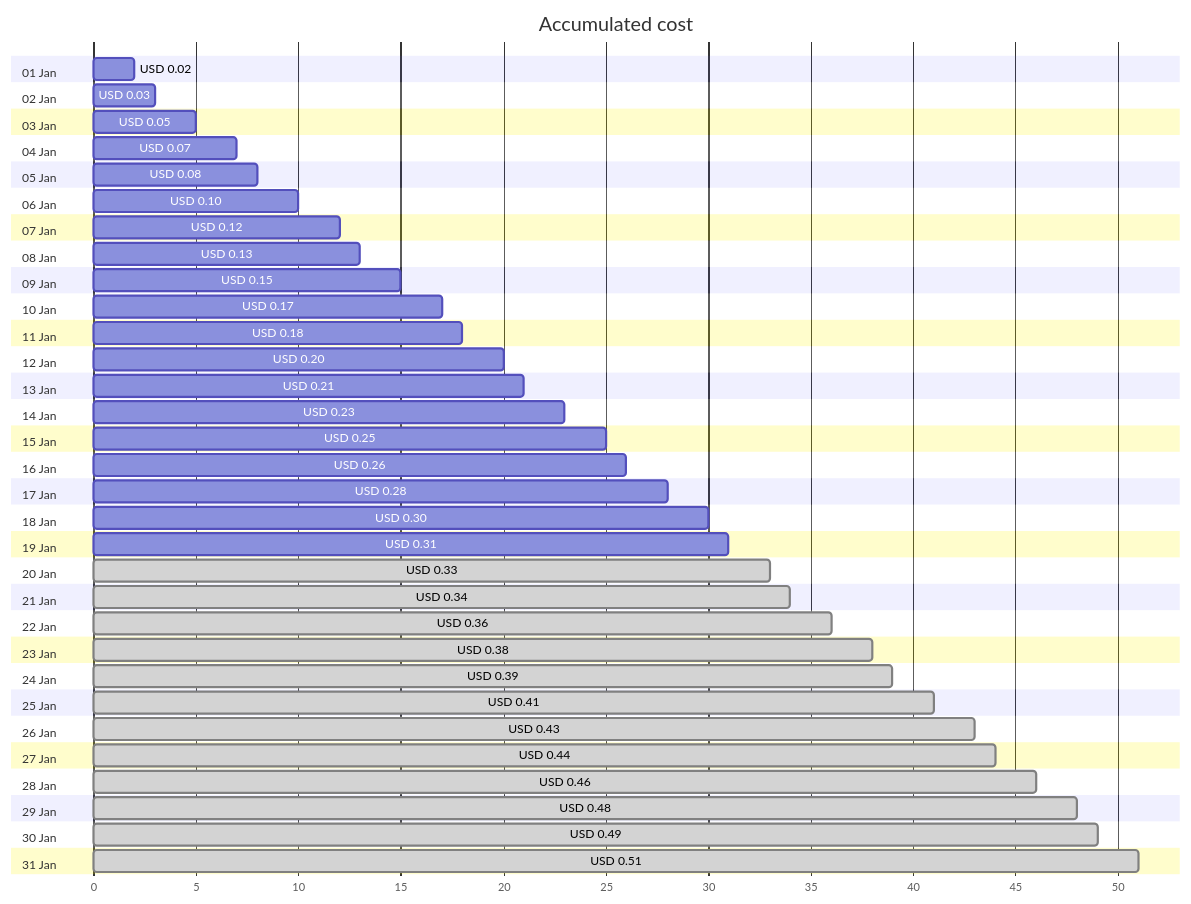
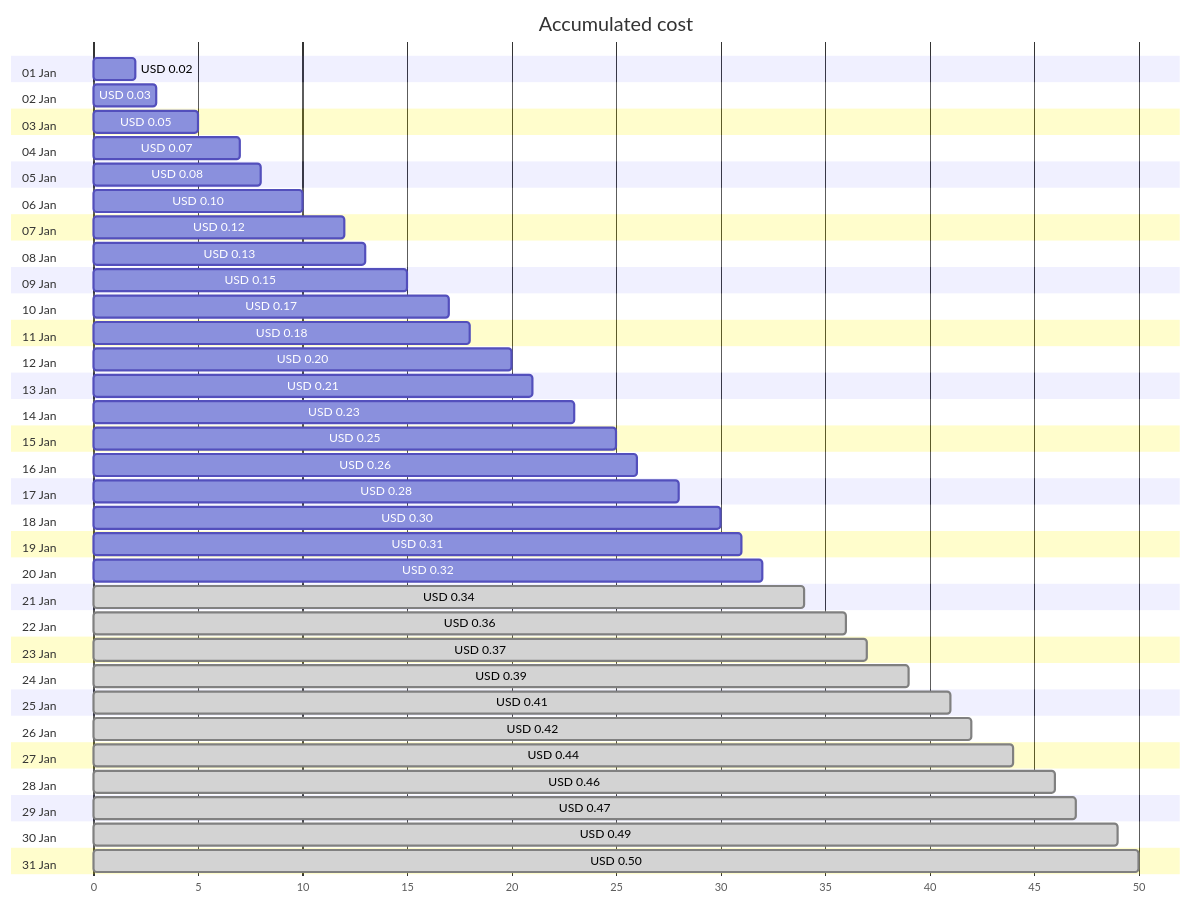
One commit to jpfulton/azure-personal-reports changed the first of 4 diagrams in cost-reports/personal-dns/jpatrickfulton.dev.md. Above: the diagram before and after it, drawn with Mermaid. The commit also changed other lines of this file and 2 other files, not shown here.

````diff
--- a/cost-reports/personal-dns/jpatrickfulton.dev.md
+++ b/cost-reports/personal-dns/jpatrickfulton.dev.md
@@ -20,68 +20,68 @@
 ```mermaid
 gantt
    title Accumulated cost
    dateFormat  X
    axisFormat %s
    section 01 Jan
    USD 0.02 :0, 2
    section 02 Jan
    USD 0.03 :0, 3
    section 03 Jan
    USD 0.05 :0, 5
    section 04 Jan
    USD 0.07 :0, 7
    section 05 Jan
    USD 0.08 :0, 8
    section 06 Jan
    USD 0.10 :0, 10
    section 07 Jan
    USD 0.12 :0, 12
    section 08 Jan
    USD 0.13 :0, 13
    section 09 Jan
    USD 0.15 :0, 15
    section 10 Jan
    USD 0.17 :0, 17
    section 11 Jan
    USD 0.18 :0, 18
    section 12 Jan
    USD 0.20 :0, 20
    section 13 Jan
    USD 0.21 :0, 21
    section 14 Jan
    USD 0.23 :0, 23
    section 15 Jan
    USD 0.25 :0, 25
    section 16 Jan
    USD 0.26 :0, 26
    section 17 Jan
    USD 0.28 :0, 28
    section 18 Jan
    USD 0.30 :0, 30
    section 19 Jan
    USD 0.31 :0, 31
    section 20 Jan
-   USD 0.33 : done, 0, 33
+   USD 0.32 :0, 32
    section 21 Jan
    USD 0.34 : done, 0, 34
    section 22 Jan
    USD 0.36 : done, 0, 36
    section 23 Jan
-   USD 0.38 : done, 0, 38
+   USD 0.37 : done, 0, 37
    section 24 Jan
    USD 0.39 : done, 0, 39
    section 25 Jan
    USD 0.41 : done, 0, 41
    section 26 Jan
-   USD 0.43 : done, 0, 43
+   USD 0.42 : done, 0, 42
    section 27 Jan
    USD 0.44 : done, 0, 44
    section 28 Jan
    USD 0.46 : done, 0, 46
    section 29 Jan
-   USD 0.48 : done, 0, 48
+   USD 0.47 : done, 0, 47
    section 30 Jan
    USD 0.49 : done, 0, 49
    section 31 Jan
-   USD 0.51 : done, 0, 51
+   USD 0.50 : done, 0, 50
 ```
````
